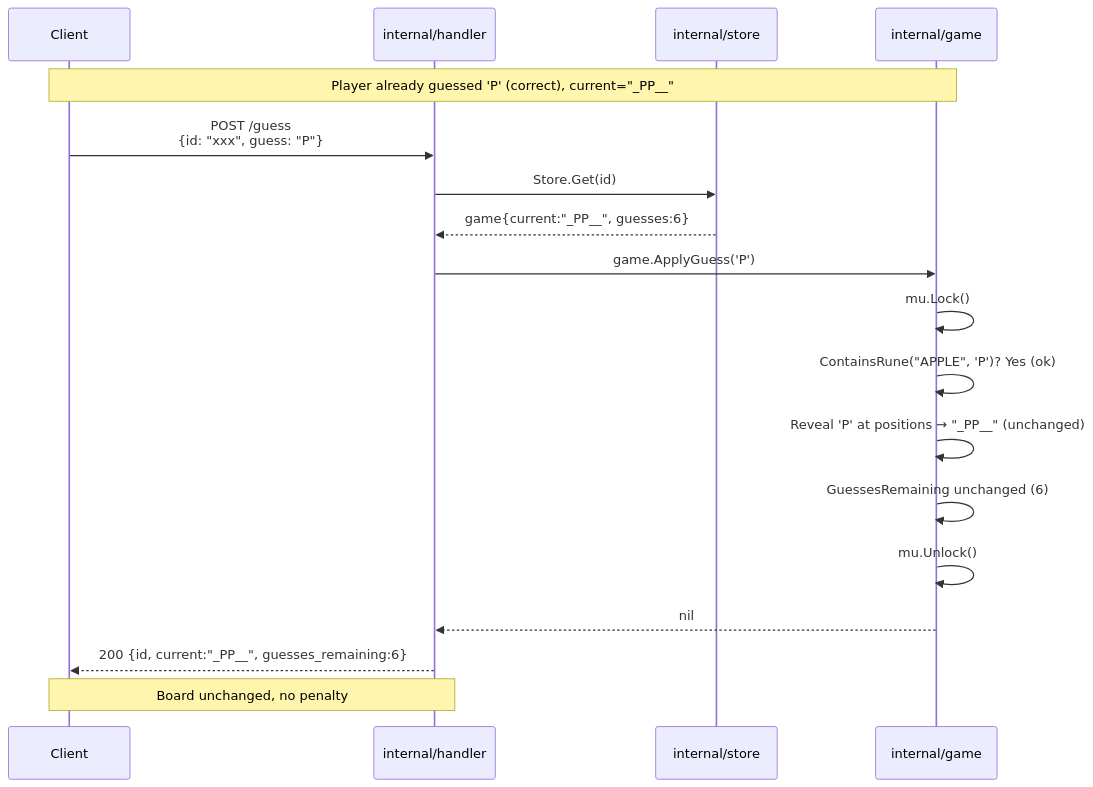
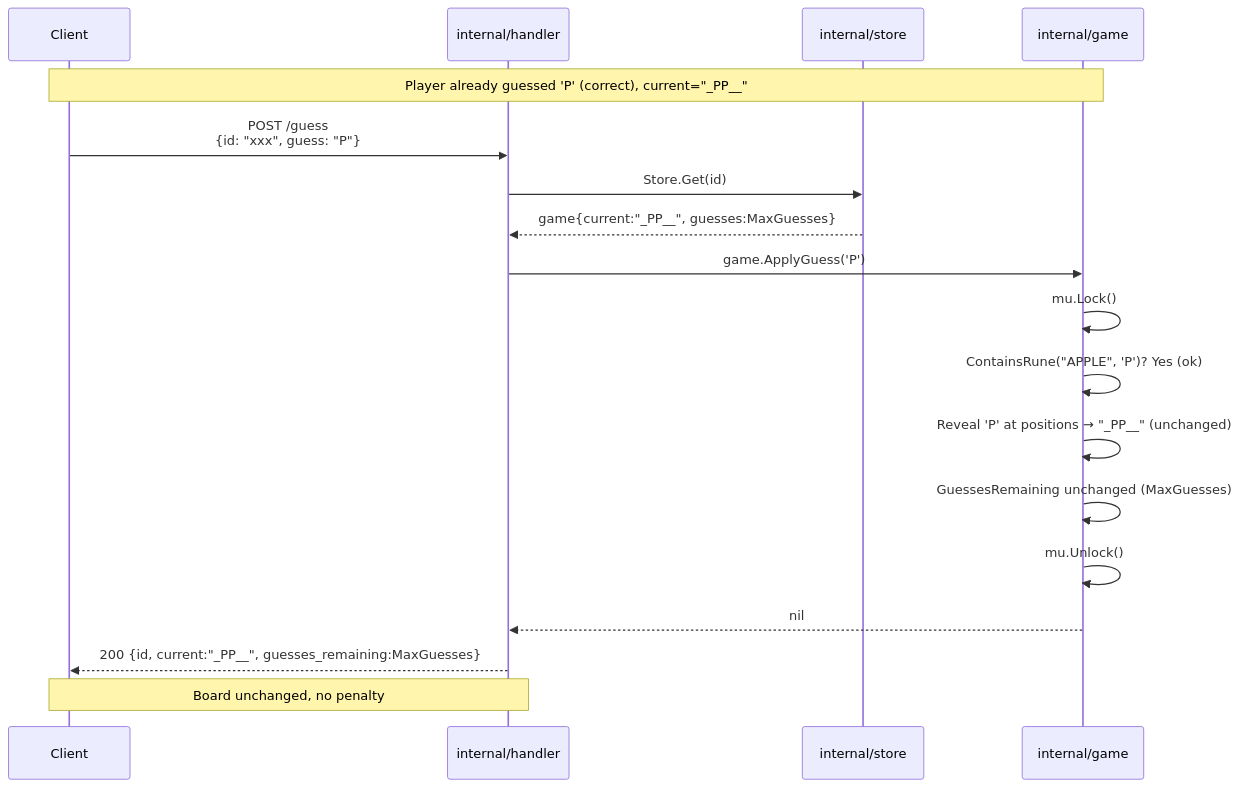
One commit to ajitm722/wordgame changed the seventh of 12 diagrams in docs.md. Above: the diagram before and after it, drawn with Mermaid. The commit also changed other lines of this file and 12 other files, not shown here.

Commit message:
Consolidate MaxGuesses constant, move routes to main, fix docs

````diff
--- a/docs.md
+++ b/docs.md
@@ -530,24 +546,24 @@
 ```mermaid
 sequenceDiagram
     participant Client
     participant Handler as internal/handler
     participant Store as internal/store
     participant Game as internal/game
 
     Note over Client,Game: Player already guessed 'P' (correct), current="_PP__"
 
     Client->>Handler: POST /guess<br/>{id: "xxx", guess: "P"}
     Handler->>Store: Store.Get(id)
-    Store-->>Handler: game{current:"_PP__", guesses:6}
+    Store-->>Handler: game{current:"_PP__", guesses:MaxGuesses}
 
     Handler->>Game: game.ApplyGuess('P')
     Game->>Game: mu.Lock()
     Game->>Game: ContainsRune("APPLE", 'P')? Yes (ok)
     Game->>Game: Reveal 'P' at positions → "_PP__" (unchanged)
-    Game->>Game: GuessesRemaining unchanged (6)
+    Game->>Game: GuessesRemaining unchanged (MaxGuesses)
     Game->>Game: mu.Unlock()
     Game-->>Handler: nil
 
-    Handler-->>Client: 200 {id, current:"_PP__", guesses_remaining:6}
+    Handler-->>Client: 200 {id, current:"_PP__", guesses_remaining:MaxGuesses}
     Note over Client,Handler: Board unchanged, no penalty
 ```
````
